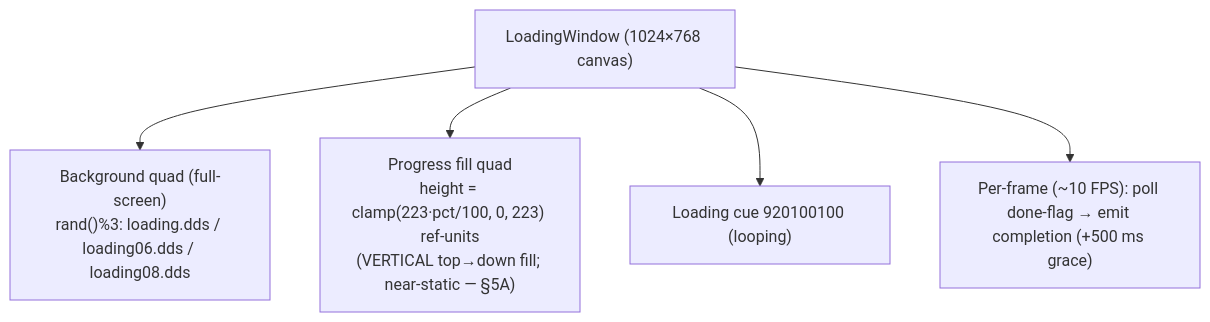
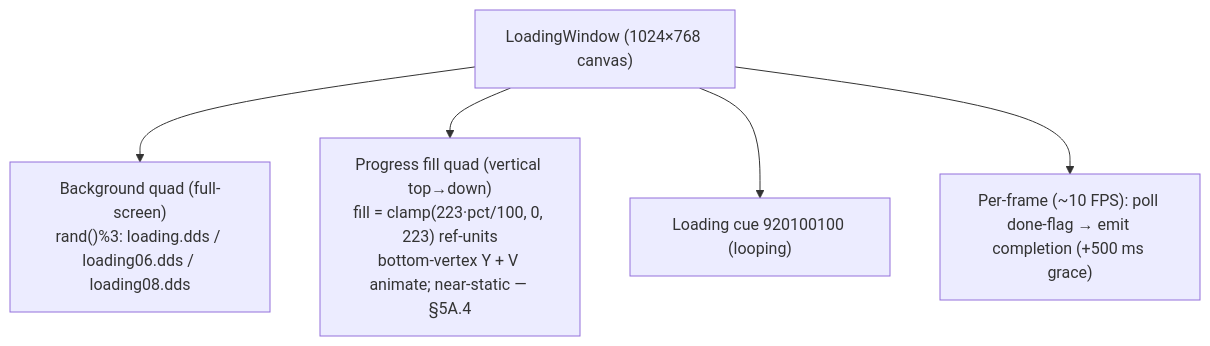
One commit to AriusII/MartialHeroes-RE changed the fourth of 4 diagrams in Docs/RE/scenes/load.md. Above: the diagram before and after it, drawn with Mermaid. The commit also changed other lines of this file and 192 other files, not shown here.

````diff
--- a/Docs/RE/scenes/load.md
+++ b/Docs/RE/scenes/load.md
@@ -196,7 +199,7 @@
 ```mermaid
 graph TD
     LW["LoadingWindow (1024×768 canvas)"] --> BG["Background quad (full-screen)<br/>rand()%3: loading.dds / loading06.dds / loading08.dds"]
-    LW --> FILL["Progress fill quad<br/>height = clamp(223·pct/100, 0, 223) ref-units<br/>(VERTICAL top→down fill; near-static — §5A)"]
+    LW --> FILL["Progress fill quad (vertical top→down)<br/>fill = clamp(223·pct/100, 0, 223) ref-units<br/>bottom-vertex Y + V animate; near-static — §5A.4"]
     LW --> CUE["Loading cue 920100100 (looping)"]
     LW --> POLL["Per-frame (~10 FPS): poll done-flag → emit completion (+500 ms grace)"]
 ```
````
